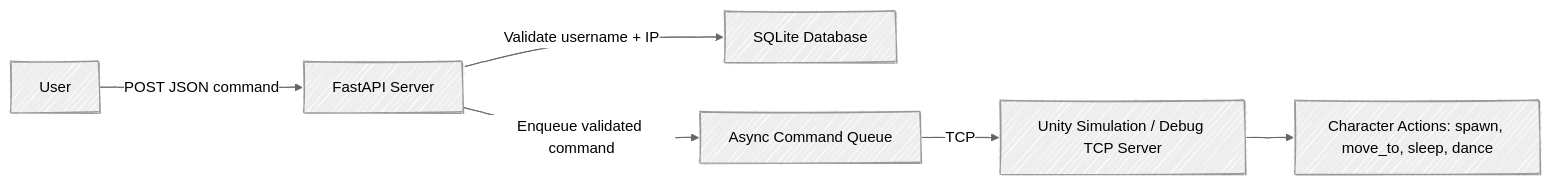
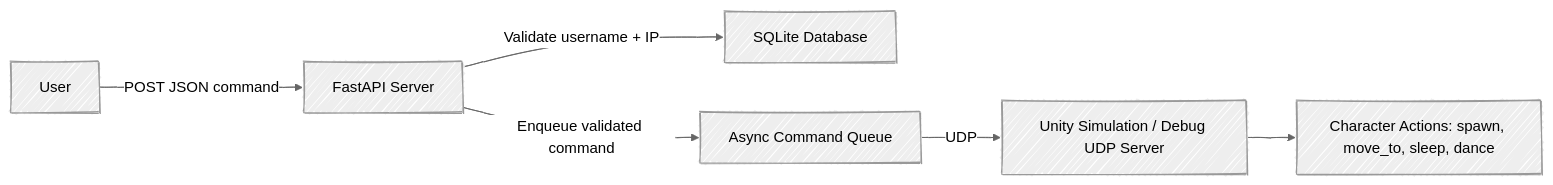
One commit to Greg-Chinnici/async-game-simulation changed the diagram in README.md. Above: the diagram before and after it, drawn with Mermaid. The commit also changed other lines of this file, not shown here.

Commit message:
readme for convert from tcp to udp

````diff
--- a/README.md
+++ b/README.md
@@ -15,13 +15,13 @@
 ```mermaid
 ---
 config:
   look: handDrawn
   theme: neutral
 ---
 flowchart LR
     A[User] -->|POST JSON command| B[FastAPI Server]
     B -->|Validate username + IP| C[SQLite Database]
     B -->|Enqueue validated command| D[Async Command Queue]
-    D -->|TCP| E[Unity Simulation / Debug TCP Server]
+    D -->|UDP| E[Unity Simulation / Debug UDP Server]
     E --> F[Character Actions: spawn, move_to, sleep, dance]
 ```
````
